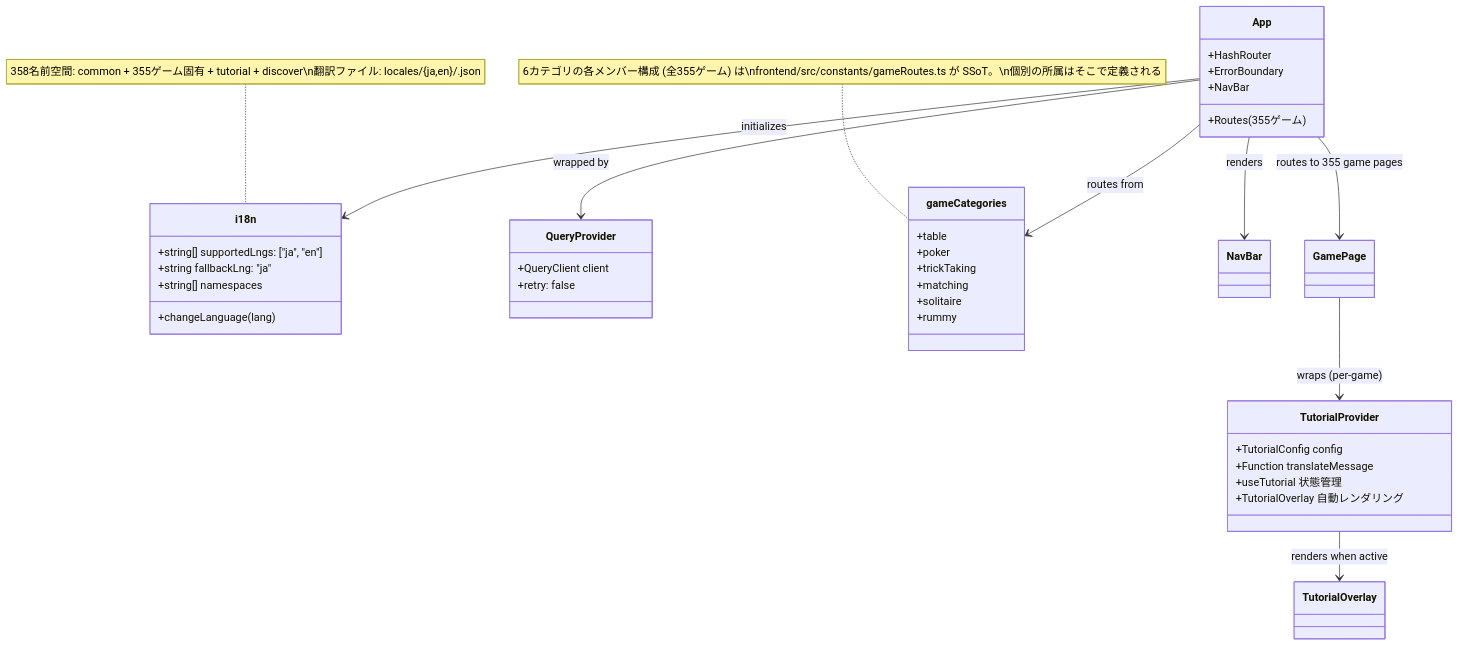
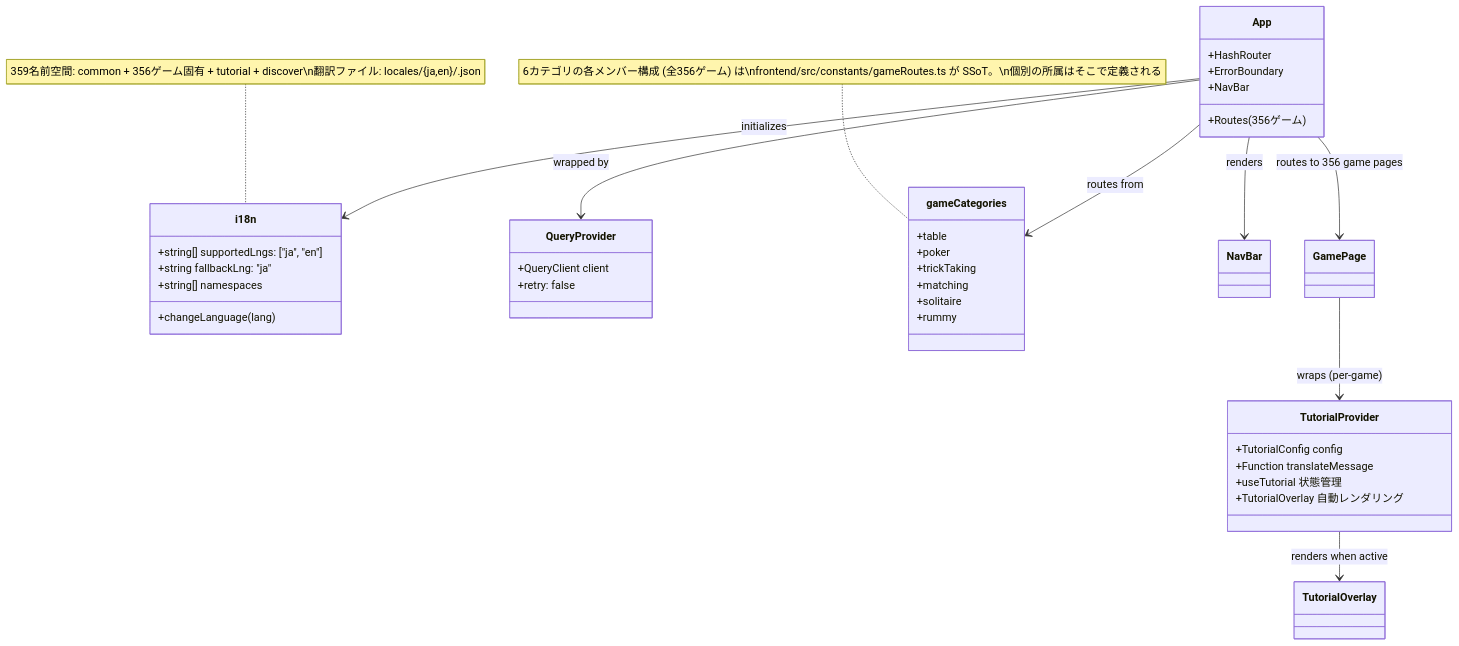
One commit to yuta-yoshinaga/go_trumpcards changed the ninth of 49 diagrams in docs/design/frontend.md. Above: the diagram before and after it, drawn with Mermaid. The commit also changed other lines of this file and 70 other files, not shown here.

````diff
--- a/docs/design/frontend.md
+++ b/docs/design/frontend.md
@@ -1874,48 +1874,48 @@
 ```mermaid
 classDiagram
     class i18n {
         +string[] supportedLngs: ["ja", "en"]
         +string fallbackLng: "ja"
         +string[] namespaces
         +changeLanguage(lang)
     }
 
     class QueryProvider {
         +QueryClient client
         +retry: false
     }
 
     class App {
         +HashRouter
         +ErrorBoundary
         +NavBar
-        +Routes (355ゲーム)
+        +Routes (356ゲーム)
     }
 
     class gameCategories {
         +table
         +poker
         +trickTaking
         +matching
         +solitaire
         +rummy
     }
-    note for gameCategories "6カテゴリの各メンバー構成 (全355ゲーム) は\nfrontend/src/constants/gameRoutes.ts が SSoT。\n個別の所属はそこで定義される"
+    note for gameCategories "6カテゴリの各メンバー構成 (全356ゲーム) は\nfrontend/src/constants/gameRoutes.ts が SSoT。\n個別の所属はそこで定義される"
 
     class TutorialProvider {
         +TutorialConfig config
         +Function translateMessage
         +useTutorial 状態管理
         +TutorialOverlay 自動レンダリング
     }
 
     App --> QueryProvider : wrapped by
     App --> i18n : initializes
     App --> gameCategories : routes from
     App --> NavBar : renders
-    App --> GamePage : routes to 355 game pages
+    App --> GamePage : routes to 356 game pages
     GamePage --> TutorialProvider : wraps (per-game)
     TutorialProvider --> TutorialOverlay : renders when active
 
-    note for i18n "358名前空間: common + 355ゲーム固有 + tutorial + discover\n翻訳ファイル: locales/{ja,en}/<game>.json"
+    note for i18n "359名前空間: common + 356ゲーム固有 + tutorial + discover\n翻訳ファイル: locales/{ja,en}/<game>.json"
 ```
````
